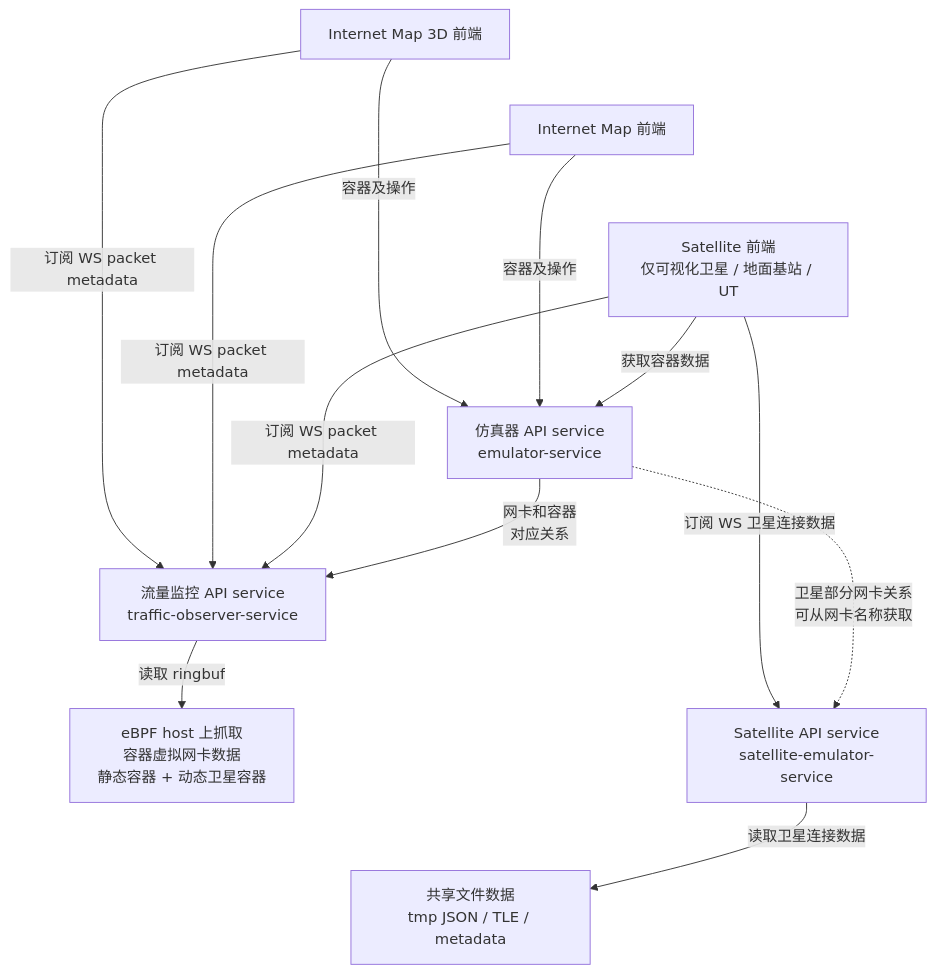
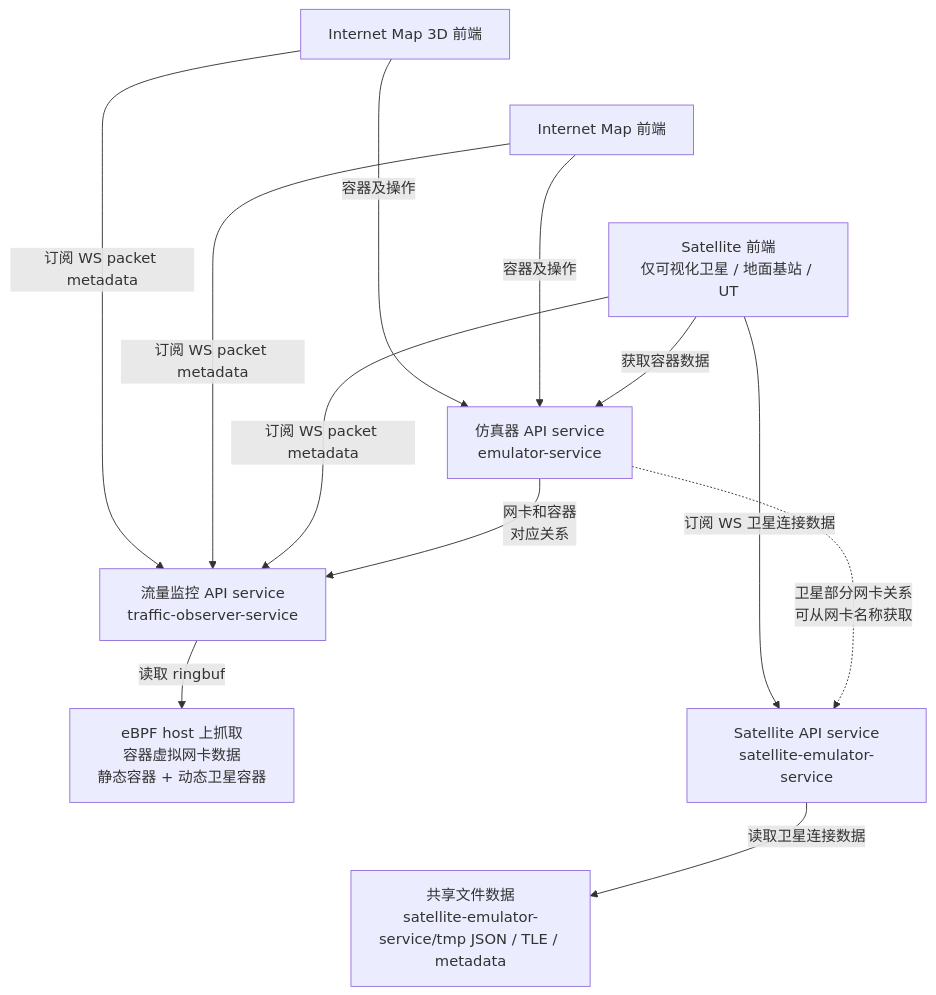
The diagram in docs/seed-visualization.md (cy-gitlab/seed-visualization), drawn with Mermaid before and after one commit. The commit also changed other lines of this file and 103 other files, not shown here.

````diff
--- a/docs/seed-visualization.md
+++ b/docs/seed-visualization.md
@@ -25,32 +25,32 @@
 ```mermaid
 %%{init: {"flowchart": {"useMaxWidth": true, "htmlLabels": true}} }%%
 flowchart TB
   IM3D["Internet Map 3D 前端"]
   IM["Internet Map 前端"]
   SAT["Satellite 前端<br/>仅可视化卫星 / 地面基站 / UT"]
 
   EMU["仿真器 API service<br/>emulator-service"]
   TRAFFIC["流量监控 API service<br/>traffic-observer-service"]
   SATAPI["Satellite API service<br/>satellite-emulator-service"]
 
   EBPF["eBPF host 上抓取<br/>容器虚拟网卡数据<br/>静态容器 + 动态卫星容器"]
-  SHARED["共享文件数据<br/>tmp JSON / TLE / metadata"]
+  SHARED["共享文件数据<br/>satellite-emulator-service/tmp JSON / TLE / metadata"]
 
   IM3D ~~~ IM ~~~ SAT
   EMU ~~~ TRAFFIC ~~~ SATAPI
   EBPF ~~~ SHARED
 
   IM3D -->|"容器及操作"| EMU
   IM -->|"容器及操作"| EMU
   SAT -->|"获取容器数据"| EMU
   IM3D -->|"订阅 WS packet metadata"| TRAFFIC
   IM -->|"订阅 WS packet metadata"| TRAFFIC
   SAT -->|"订阅 WS packet metadata"| TRAFFIC
   SAT -->|"订阅 WS 卫星连接数据"| SATAPI
 
   EMU -->|"网卡和容器<br/>对应关系"| TRAFFIC
   EMU -.->|"卫星部分网卡关系<br/>可从网卡名称获取"| SATAPI
 
   TRAFFIC -->|"读取 ringbuf"| EBPF
   SATAPI -->|"读取卫星连接数据"| SHARED
 ```
````
